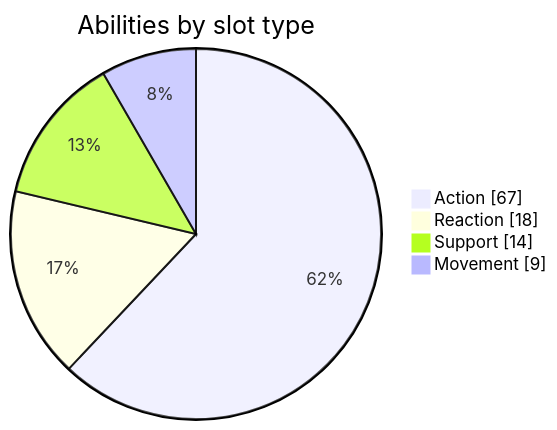
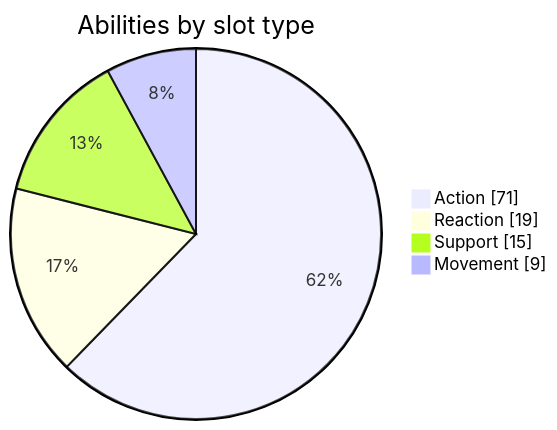
One commit to CptNope/Chess-RPG-Tactics changed the second of 4 diagrams in docs/CONTENT_REFERENCE.md. Above: the diagram before and after it, drawn with Mermaid. The commit also changed other lines of this file and 30 other files, not shown here.

````diff
--- a/docs/CONTENT_REFERENCE.md
+++ b/docs/CONTENT_REFERENCE.md
@@ -105,7 +108,7 @@
 ```mermaid
 pie showData title Abilities by slot type
-  "Action" : 67
-  "Reaction" : 18
-  "Support" : 14
+  "Action" : 71
+  "Reaction" : 19
+  "Support" : 15
   "Movement" : 9
 ```
````
